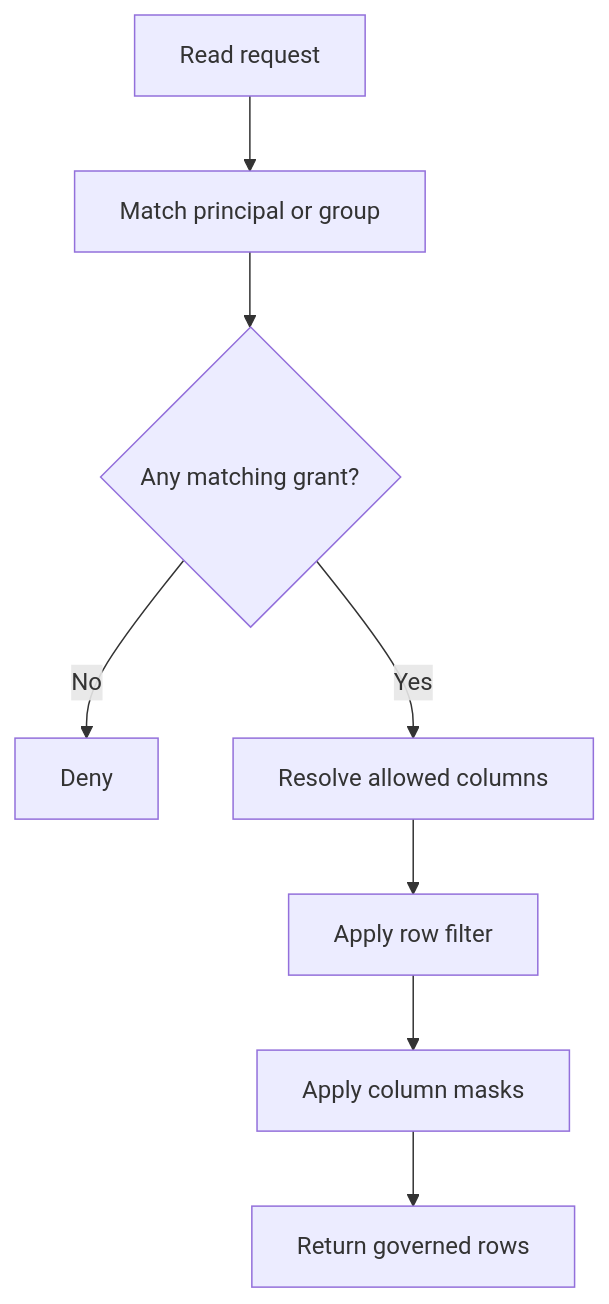
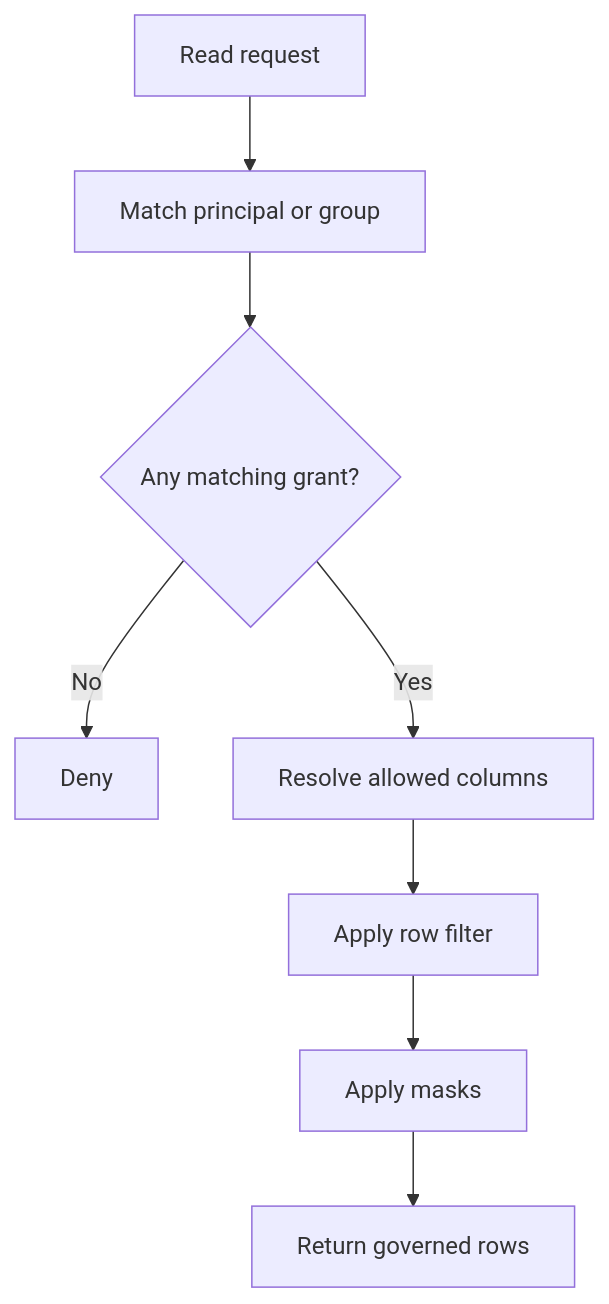
The second of 2 diagrams in docs/policy-authoring.md (snithish/dal-obscura), drawn with Mermaid before and after one commit. The commit also changed other lines of this file and 10 other files, not shown here.

````diff
--- a/docs/policy-authoring.md
+++ b/docs/policy-authoring.md
@@ -27,10 +37,10 @@
 ```mermaid
 flowchart TD
     req["Read request"] --> principal["Match principal or group"]
     principal --> grant{"Any matching grant?"}
     grant -- "No" --> deny["Deny"]
     grant -- "Yes" --> columns["Resolve allowed columns"]
     columns --> filter["Apply row filter"]
-    filter --> masks["Apply column masks"]
+    filter --> masks["Apply masks"]
     masks --> result["Return governed rows"]
 ```
````
